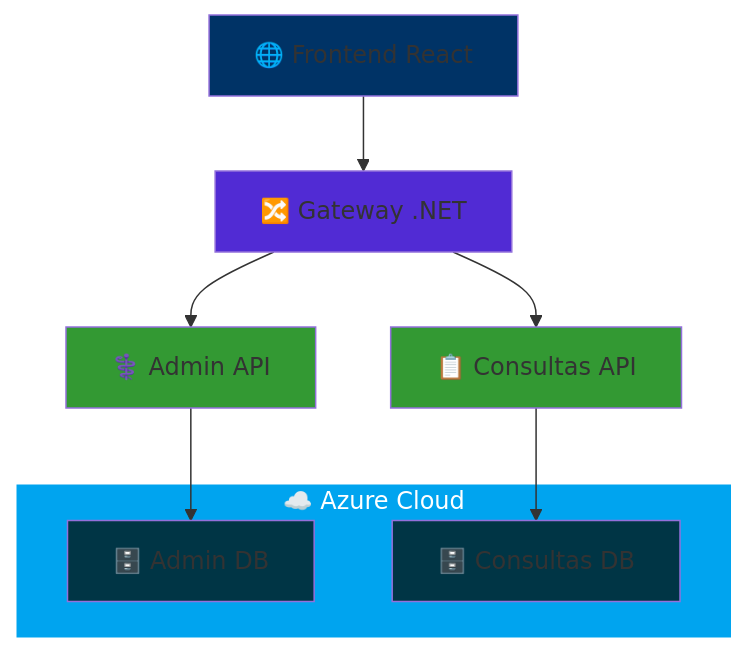
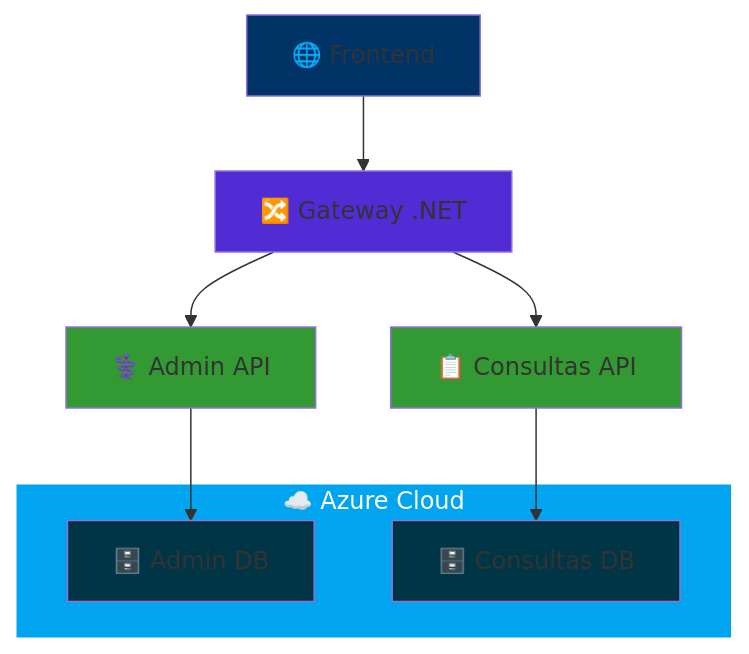
The first of 3 diagrams in README.md (A1EXF6A/vacio2), drawn with Mermaid before and after one commit.

Commit message:
Update frontend description in README.md

````diff
--- a/README.md
+++ b/README.md
@@ -9,22 +9,22 @@
 ```mermaid
 graph TB
-    A[🌐 Frontend React] --> B[🔀 Gateway .NET]
+    A[🌐 Frontend] --> B[🔀 Gateway .NET]
     B --> C[⚕️ Admin API]
     B --> D[📋 Consultas API]
 
     subgraph Azure[☁️ Azure Cloud]
         E[🗄️ Admin DB]
         F[🗄️ Consultas DB]
     end
 
     C --> E
     D --> F
 
     style A fill:#003366
     style B fill:#512bd4
     style C fill:#339933
     style D fill:#339933
     style E fill:#003545
     style F fill:#003545
     style Azure fill:#00a4ef,stroke:#ffffff,stroke-width:2px,color:#ffffff
 ```
````
